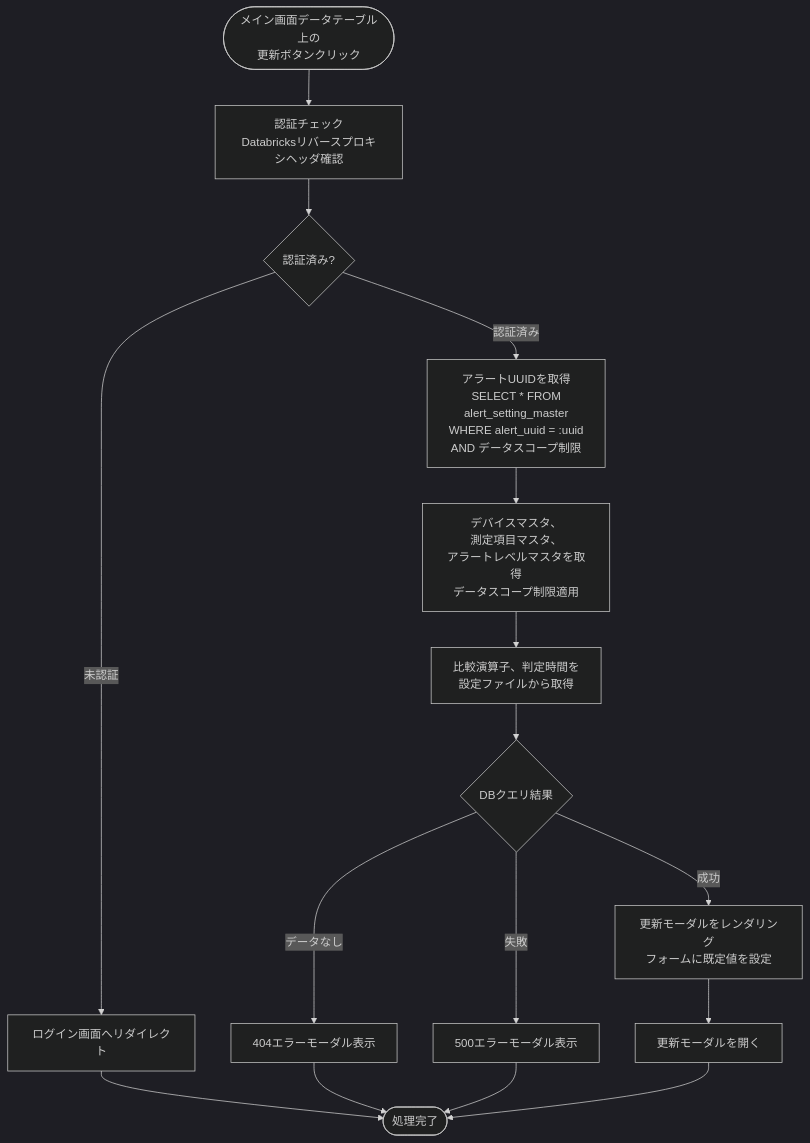
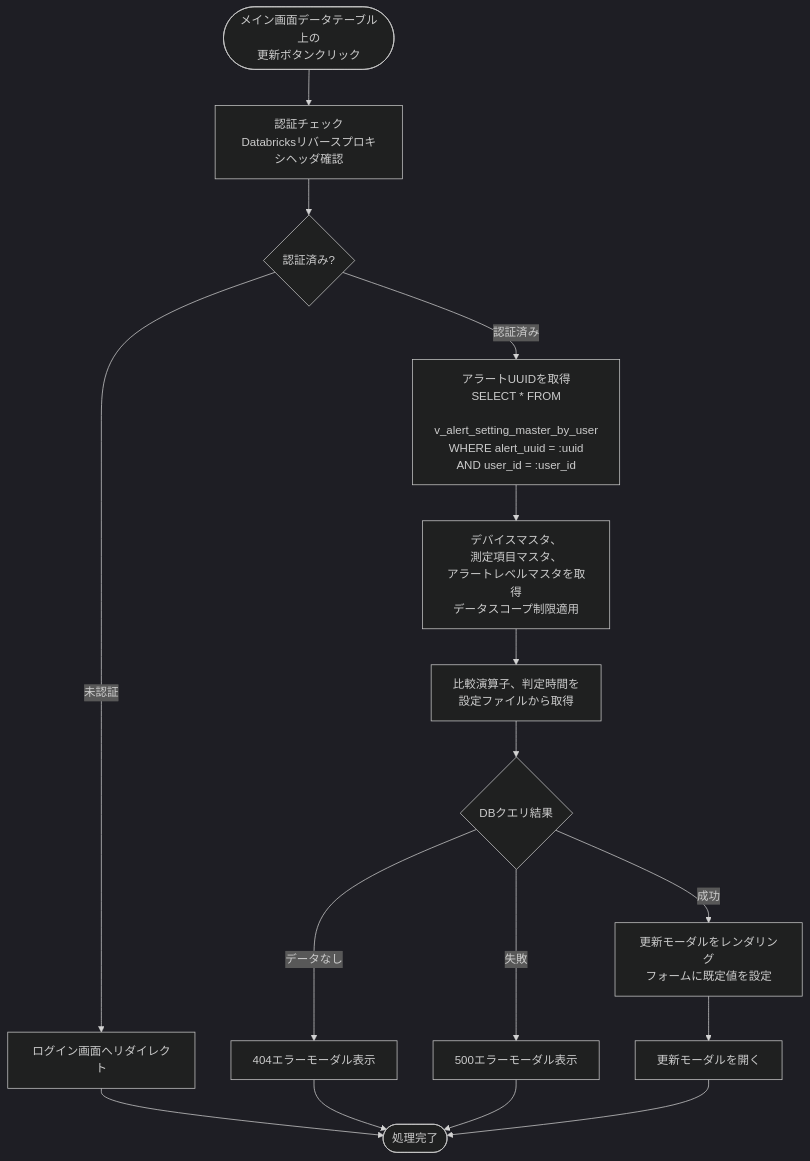
One commit to NSW-SVCP-AIWG002/Databricks-IoT changed the fifth of 9 diagrams in docs/03-features/flask-app/alert-settings/workflow-specification.md. Above: the diagram before and after it, drawn with Mermaid (dark theme). The commit also changed other lines of this file and 13 other files, not shown here.

````diff
--- a/docs/03-features/flask-app/alert-settings/workflow-specification.md
+++ b/docs/03-features/flask-app/alert-settings/workflow-specification.md
@@ -671,22 +664,22 @@
 ```mermaid
 flowchart TD
     Start([メイン画面データテーブル上の<br>更新ボタンクリック]) --> Auth[認証チェック<br>Databricksリバースプロキシヘッダ確認]
     Auth --> CheckAuth{認証済み?}
     CheckAuth -->|未認証| Error401[ログイン画面へリダイレクト]
     Error401 --> End([処理完了])
 
-    CheckAuth -->|認証済み| GetID[アラートUUIDを取得<br>SELECT * FROM<br> alert_setting_master<br>WHERE alert_uuid = :uuid<br>AND データスコープ制限]
+    CheckAuth -->|認証済み| GetID[アラートUUIDを取得<br>SELECT * FROM<br> v_alert_setting_master_by_user<br>WHERE alert_uuid = :uuid<br>AND user_id = :user_id]
     GetID --> GetMaster[デバイスマスタ、<br>測定項目マスタ、<br>アラートレベルマスタを取得<br>データスコープ制限適用]
     GetMaster --> GetConfig[比較演算子、判定時間を<br>設定ファイルから取得]
     GetConfig --> Check{DBクエリ結果}
 
     Check -->|データなし| Error404[404エラーモーダル表示]
     Error404 --> End
 
     Check -->|失敗| Error500[500エラーモーダル表示]
     Error500 --> End
 
     Check -->|成功| Template[更新モーダルをレンダリング<br>フォームに既定値を設定]
     Template --> OpenModal[更新モーダルを開く]
     OpenModal --> End
 ```
````
